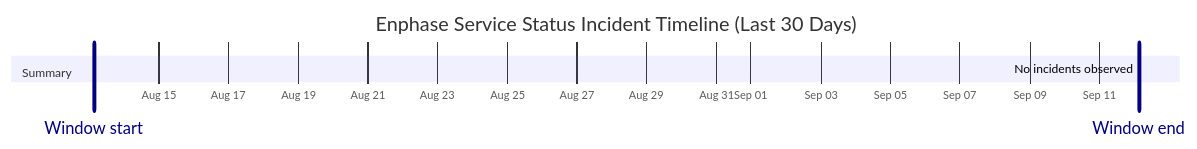
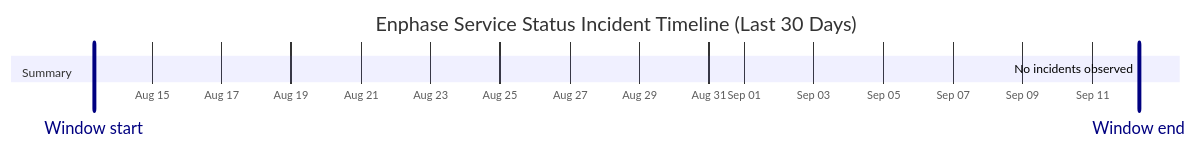
The diagram in wiki/Service-Status-History.md (barneyonline/ha-enphase-energy), drawn with Mermaid before and after one commit. The commit also changed other lines of this file and 3 other files, not shown here.

````diff
--- a/wiki/Service-Status-History.md
+++ b/wiki/Service-Status-History.md
@@ -14,10 +14,10 @@
 ```mermaid
 gantt
     title Enphase Service Status Incident Timeline (Last 30 Days)
     dateFormat  YYYY-MM-DDTHH:mm:ss
     axisFormat  %b %d
-    Window start :vert, window-start, 2026-08-13T03:12:48, 0ms
-    Window end :vert, window-end, 2026-09-12T03:12:48, 0ms
+    Window start :vert, window-start, 2026-08-13T08:03:12, 0ms
+    Window end :vert, window-end, 2026-09-12T08:03:12, 0ms
     section Summary
-    No incidents observed :done, 2026-09-12T03:12:48, 1m
+    No incidents observed :done, 2026-09-12T08:03:12, 1m
 ```
````
